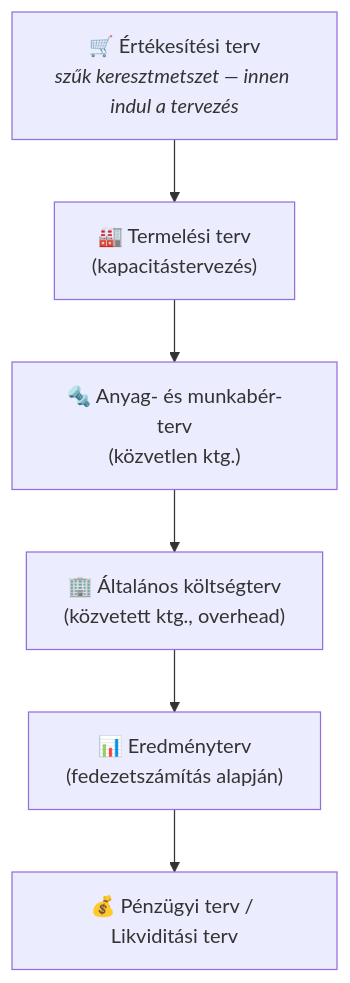
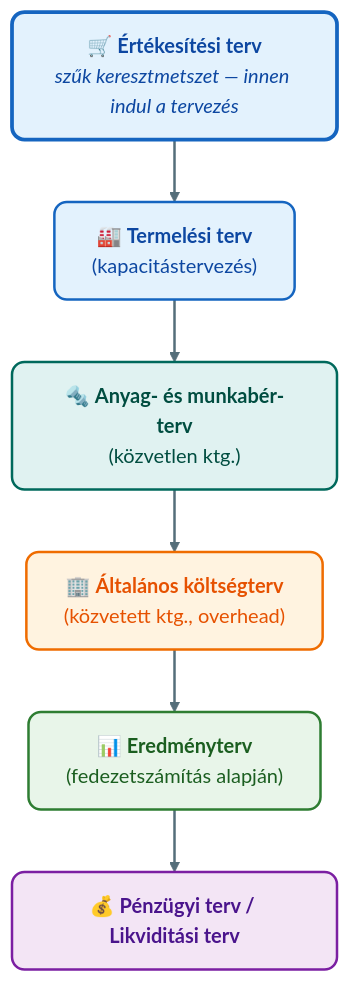
Before and after one commit to denespocsik/MM_BSC_Zarovizsga: the second of 2 diagrams in Tételek/K15-GIXVS2MBLF-Controlling információs rendszere.tétel.md, drawn with Mermaid. The commit also changed other lines of this file and 34 other files, not shown here.

First line of the commit message:
style(tételek): egységes vizuális arculat a Mermaid-diagramokhoz

````diff
--- a/Tételek/K15-GIXVS2MBLF-Controlling információs rendszere.tétel.md
+++ b/Tételek/K15-GIXVS2MBLF-Controlling információs rendszere.tétel.md
@@ -53,11 +61,20 @@
 ```mermaid
 flowchart TD
-    A["🛒 Értékesítési terv<br/><i>szűk keresztmetszet — innen indul a tervezés</i>"]
-    B["🏭 Termelési terv<br/>(kapacitástervezés)"]
-    C["🔩 Anyag- és munkabér-terv<br/>(közvetlen ktg.)"]
-    D["🏢 Általános költségterv<br/>(közvetett ktg., overhead)"]
-    E["📊 Eredményterv<br/>(fedezetszámítás alapján)"]
-    F["💰 Pénzügyi terv / Likviditási terv"]
+    A["🛒 <b>Értékesítési terv</b><br/><i>szűk keresztmetszet — innen indul a tervezés</i>"]:::kekH
+    B["🏭 <b>Termelési terv</b><br/>(kapacitástervezés)"]:::kek
+    C["🔩 <b>Anyag- és munkabér-terv</b><br/>(közvetlen ktg.)"]:::turkiz
+    D["🏢 <b>Általános költségterv</b><br/>(közvetett ktg., overhead)"]:::narancs
+    E["📊 <b>Eredményterv</b><br/>(fedezetszámítás alapján)"]:::zold
+    F["💰 <b>Pénzügyi terv / Likviditási terv</b>"]:::lila
 
     A --> B --> C --> D --> E --> F
+
+    classDef kek     fill:#e3f2fd,stroke:#1565c0,stroke-width:2px,color:#0d47a1,rx:10,ry:10;
+    classDef kekH    fill:#e3f2fd,stroke:#1565c0,stroke-width:3px,color:#0d47a1,rx:10,ry:10;
+    classDef zold    fill:#e8f5e9,stroke:#2e7d32,stroke-width:2px,color:#1b5e20,rx:10,ry:10;
+    classDef narancs fill:#fff3e0,stroke:#ef6c00,stroke-width:2px,color:#e65100,rx:10,ry:10;
+    classDef lila    fill:#f3e5f5,stroke:#7b1fa2,stroke-width:2px,color:#4a148c,rx:10,ry:10;
+    classDef turkiz  fill:#e0f2f1,stroke:#00695c,stroke-width:2px,color:#004d40,rx:10,ry:10;
+
+    linkStyle default stroke:#546e7a,stroke-width:2px;
 ```
````
